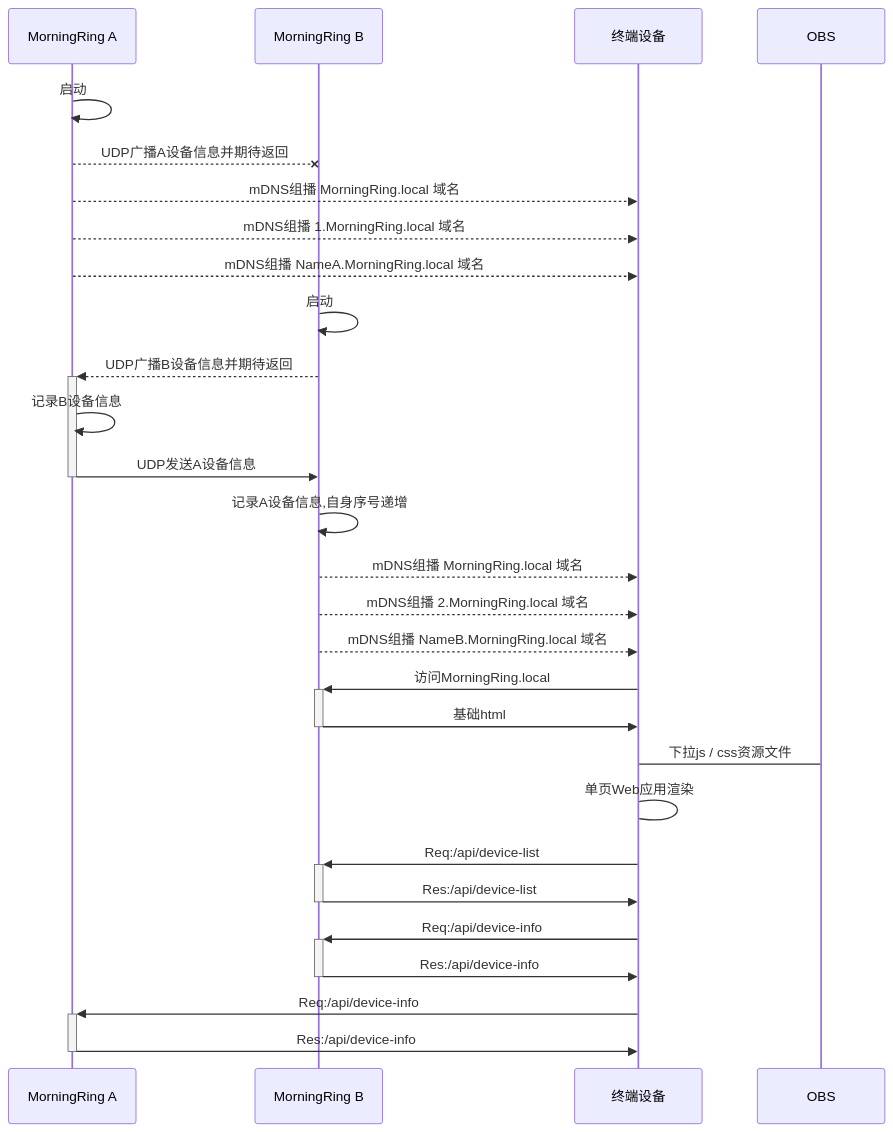
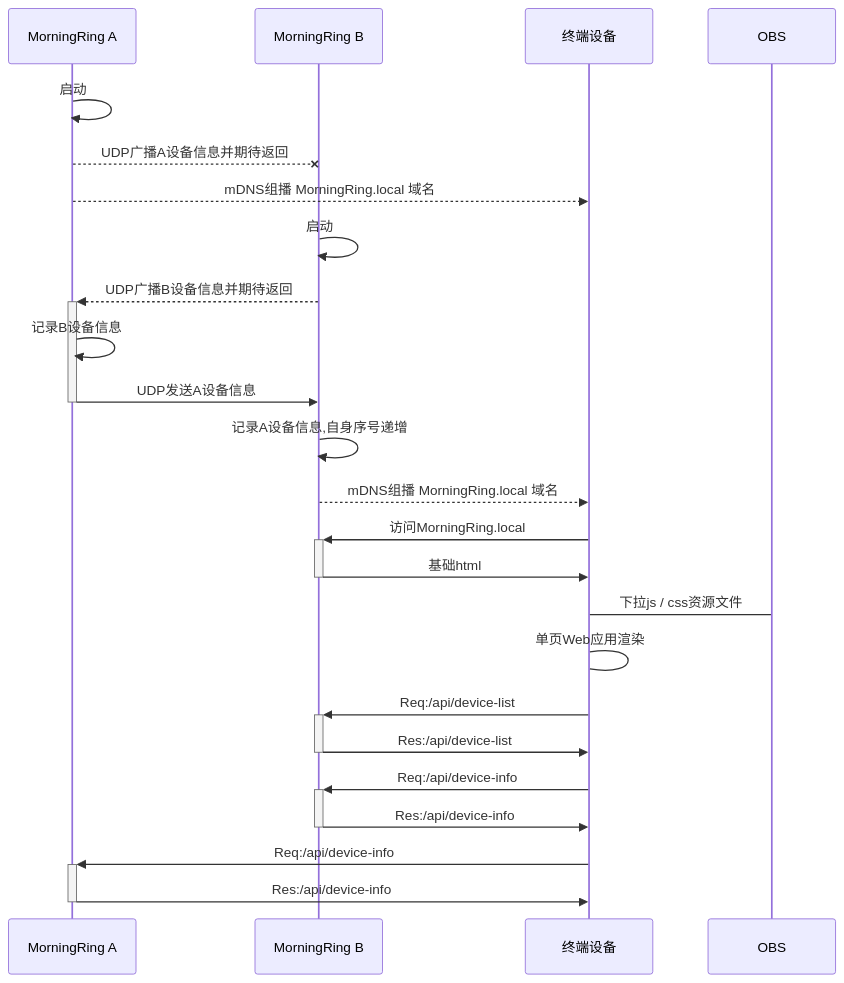
One commit to morningtzh/MorningRing changed the diagram in README.md. Above: the diagram before and after it, drawn with Mermaid.

Commit message:
多设备交互流程图

````diff
--- a/README.md
+++ b/README.md
@@ -75,26 +75,22 @@
 ``` mermaid
 sequenceDiagram
     MorningRing A->>MorningRing A: 启动
     MorningRing A--xMorningRing B: UDP广播A设备信息并期待返回
     MorningRing A-->>终端设备: mDNS组播 MorningRing.local 域名
-    MorningRing A-->>终端设备: mDNS组播 1.MorningRing.local 域名
-    MorningRing A-->>终端设备: mDNS组播 NameA.MorningRing.local 域名
     MorningRing B->>MorningRing B: 启动
     MorningRing B-->>+MorningRing A: UDP广播B设备信息并期待返回
     MorningRing A->>MorningRing A: 记录B设备信息
     MorningRing A->>-MorningRing B: UDP发送A设备信息
     MorningRing B->>MorningRing B: 记录A设备信息,自身序号递增
     MorningRing B-->>终端设备: mDNS组播 MorningRing.local 域名
-    MorningRing B-->>终端设备: mDNS组播 2.MorningRing.local 域名
-    MorningRing B-->>终端设备: mDNS组播 NameB.MorningRing.local 域名
     终端设备->>+MorningRing B:访问MorningRing.local
     MorningRing B->>-终端设备: 基础html
     终端设备->OBS: 下拉js / css资源文件
     终端设备->终端设备: 单页Web应用渲染
     终端设备->>+MorningRing B: Req:/api/device-list
     MorningRing B->>-终端设备: Res:/api/device-list
     终端设备->>+MorningRing B: Req:/api/device-info
     MorningRing B->>-终端设备: Res:/api/device-info
     终端设备->>+MorningRing A: Req:/api/device-info
     MorningRing A->>-终端设备: Res:/api/device-info
 ```
````
